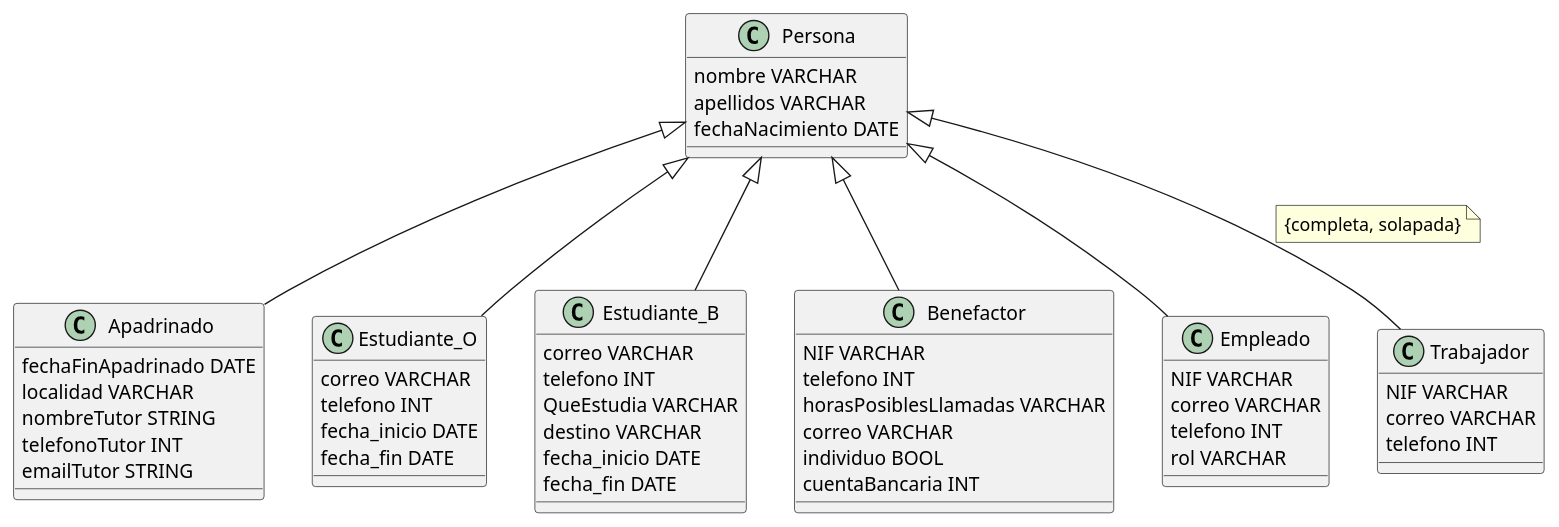
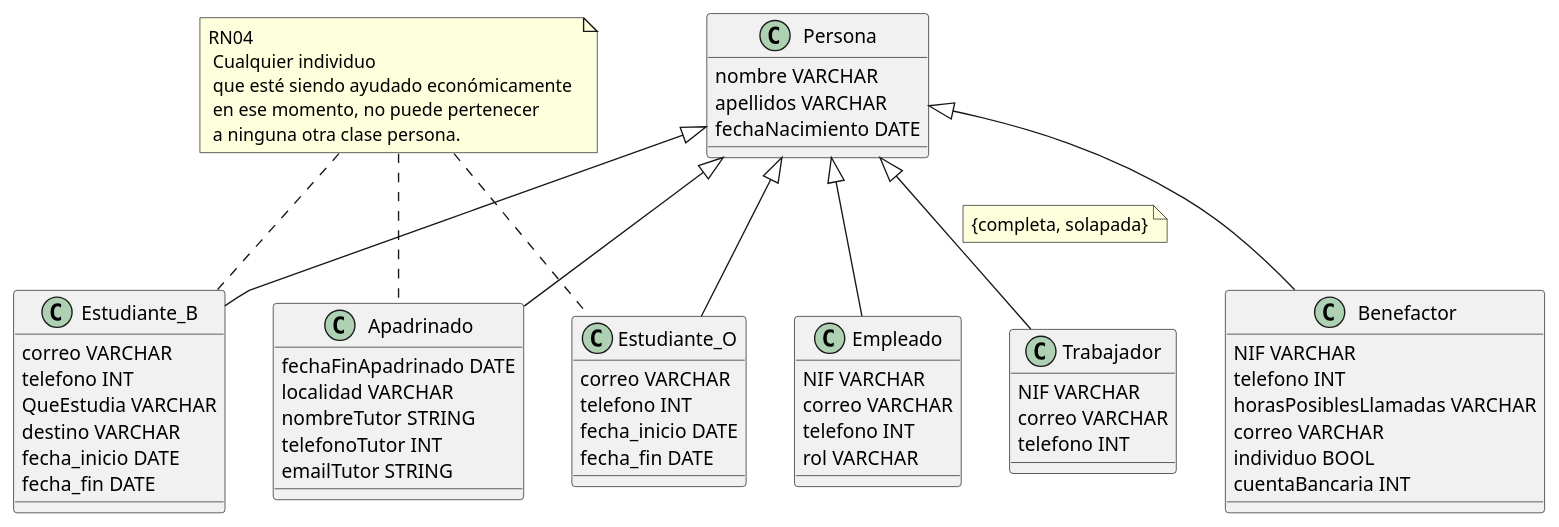
The diagram in modelo_conceptual /persona.puml (albporfer1-64/Grupo_Proyecto_DB), drawn with PlantUML before and after one commit. The commit also changed 1 other file, not shown here.

Commit message:
Nueva regla de negocio para la clase persona

```diff
--- a/modelo_conceptual /persona.puml
+++ b/modelo_conceptual /persona.puml
@@ -1,68 +1,74 @@
 @startuml hola
 skinparam classAttributeIconSize 0
 
 class Persona{
     nombre VARCHAR
     apellidos VARCHAR
     fechaNacimiento DATE 
     '(puede ser NULL)
 }
 
 'Subclases de Persona:
 Persona <|-- Apadrinado
 Persona <|-- Estudiante_O
 Persona <|-- Estudiante_B
 Persona <|-- Benefactor
 Persona <|-- Empleado
 Persona <|-- Trabajador
 
 'Restricción de cobertura:
 note on link : {completa, solapada}
 
 class Trabajador{
     NIF VARCHAR
     correo VARCHAR
     telefono INT
 }
 
 class Empleado{
     NIF VARCHAR
     correo VARCHAR
     telefono INT
     rol VARCHAR
 }
 
 class Benefactor{
     NIF VARCHAR
     telefono INT
     horasPosiblesLlamadas VARCHAR
     correo VARCHAR
     individuo BOOL
     cuentaBancaria INT
 }
 
 class Estudiante_B{
     correo VARCHAR
     telefono INT
     QueEstudia VARCHAR
     destino VARCHAR
     fecha_inicio DATE
     fecha_fin DATE
 }
 
 class Estudiante_O{
     correo VARCHAR
     telefono INT
     fecha_inicio DATE
     fecha_fin DATE
 }
 
 class Apadrinado{
     fechaFinApadrinado DATE
     localidad VARCHAR
     nombreTutor STRING
     telefonoTutor INT
     emailTutor STRING
 }
 
+'Regla de negocio 04:
+note "RN04\n Cualquier individuo \n que esté siendo ayudado económicamente \n en ese momento, no puede pertenecer \n a ninguna otra clase persona." as RN04
+RN04 .. Estudiante_B
+RN04 .. Apadrinado
+RN04 .. Estudiante_O
+
 @enduml
```
